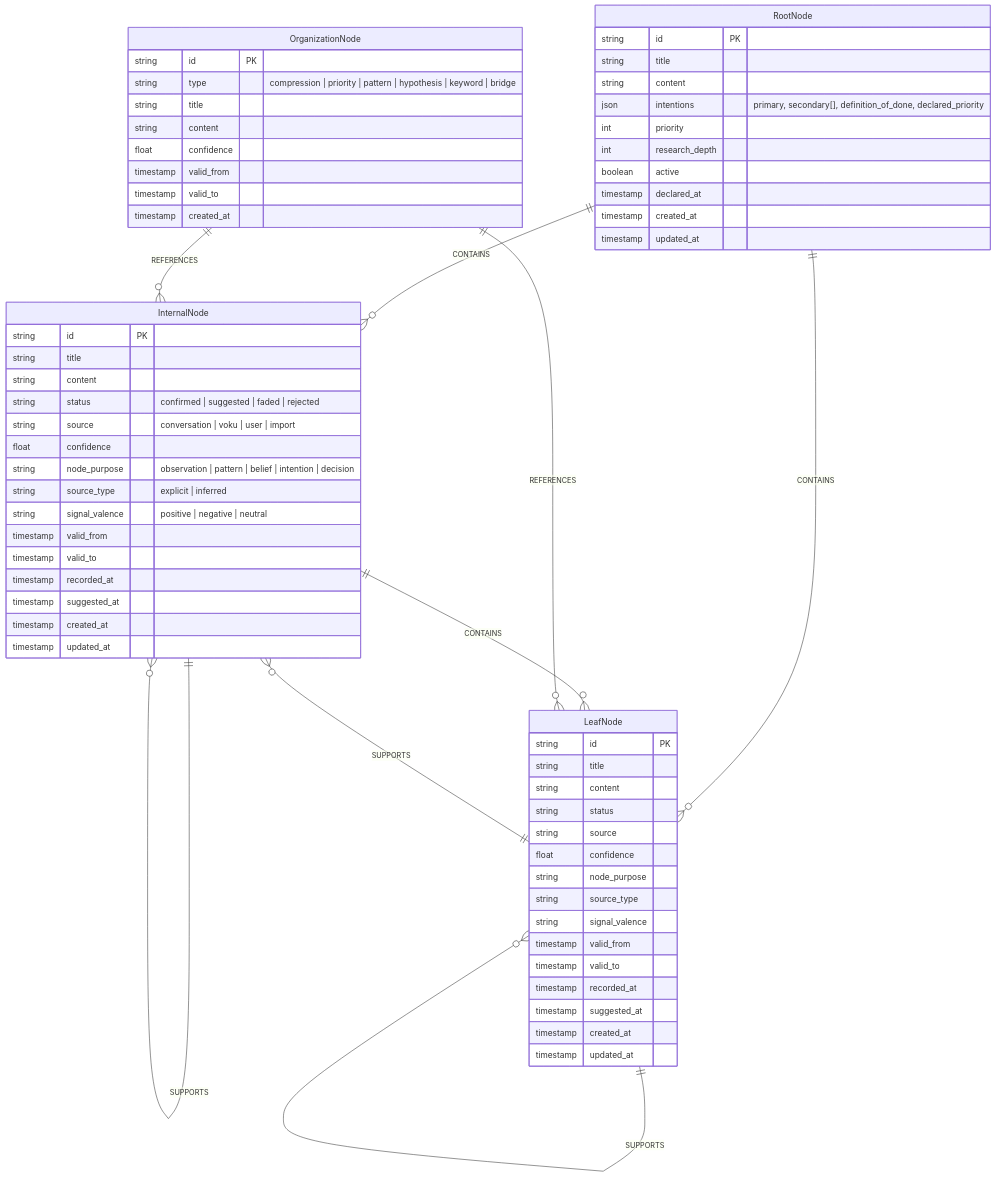
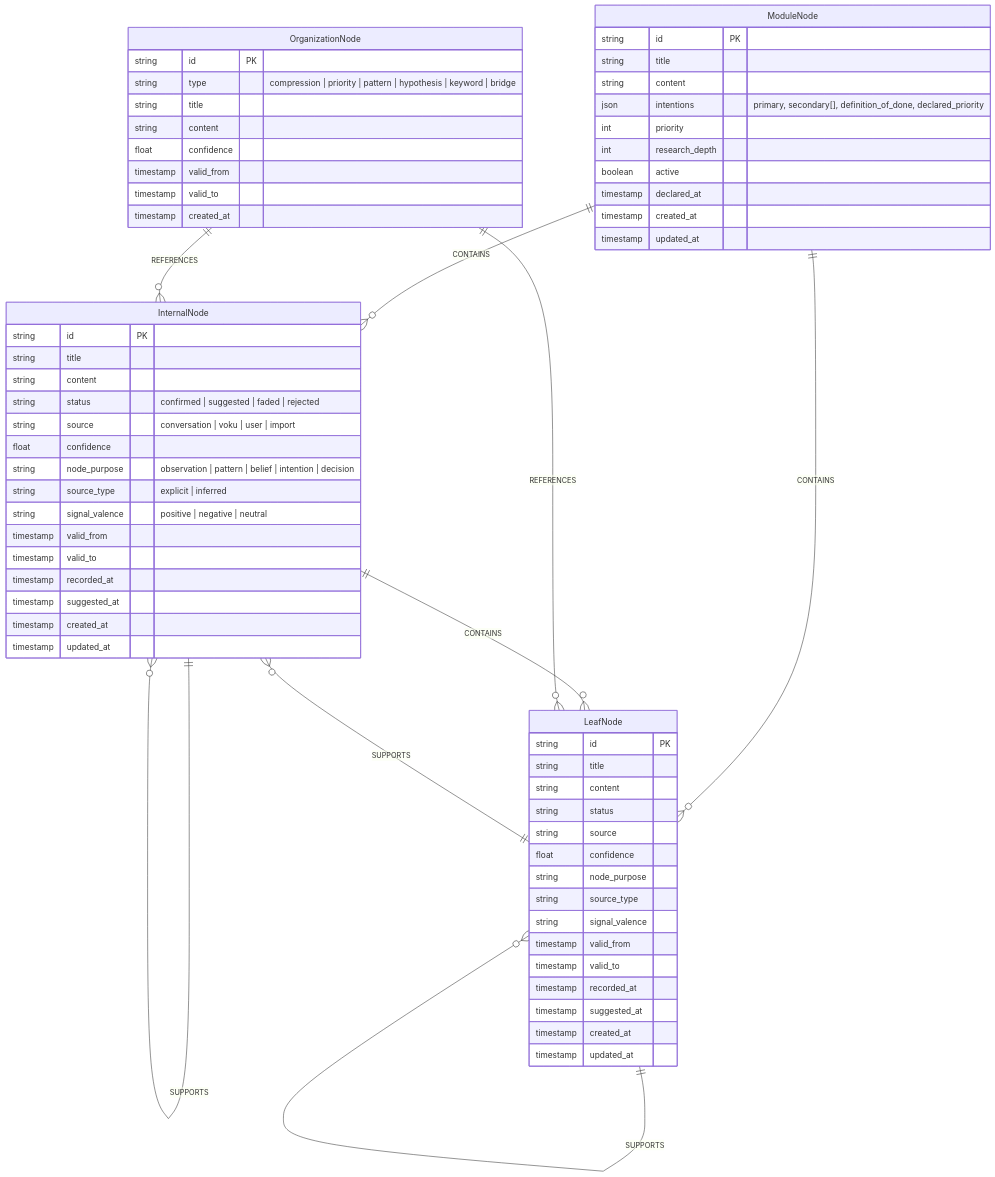
One commit to jmin1219/voku changed the first of 6 diagrams in docs/ARCHITECTURE_DIAGRAMS.md. Above: the diagram before and after it, drawn with Mermaid. The commit also changed 6 other files, not shown here.

First line of the commit message:
feat(graph): implement node CRUD operations with TDD

````diff
--- a/docs/ARCHITECTURE_DIAGRAMS.md
+++ b/docs/ARCHITECTURE_DIAGRAMS.md
@@ -10,72 +10,72 @@
 ```mermaid
 erDiagram
-    RootNode {
+    ModuleNode {
         string id PK
         string title
         string content
         json intentions "primary, secondary[], definition_of_done, declared_priority"
         int priority
         int research_depth
         boolean active
         timestamp declared_at
         timestamp created_at
         timestamp updated_at
     }
     
     InternalNode {
         string id PK
         string title
         string content
         string status "confirmed | suggested | faded | rejected"
         string source "conversation | voku | user | import"
         float confidence
         string node_purpose "observation | pattern | belief | intention | decision"
         string source_type "explicit | inferred"
         string signal_valence "positive | negative | neutral"
         timestamp valid_from
         timestamp valid_to
         timestamp recorded_at
         timestamp suggested_at
         timestamp created_at
         timestamp updated_at
     }
     
     LeafNode {
         string id PK
         string title
         string content
         string status
         string source
         float confidence
         string node_purpose
         string source_type
         string signal_valence
         timestamp valid_from
         timestamp valid_to
         timestamp recorded_at
         timestamp suggested_at
         timestamp created_at
         timestamp updated_at
     }
     
     OrganizationNode {
         string id PK
         string type "compression | priority | pattern | hypothesis | keyword | bridge"
         string title
         string content
         float confidence
         timestamp valid_from
         timestamp valid_to
         timestamp created_at
     }
     
-    RootNode ||--o{ InternalNode : "CONTAINS"
-    RootNode ||--o{ LeafNode : "CONTAINS"
+    ModuleNode ||--o{ InternalNode : "CONTAINS"
+    ModuleNode ||--o{ LeafNode : "CONTAINS"
     InternalNode ||--o{ InternalNode : "CONTAINS"
     InternalNode ||--o{ LeafNode : "CONTAINS"
     LeafNode ||--o{ LeafNode : "SUPPORTS"
     LeafNode ||--o{ InternalNode : "SUPPORTS"
     InternalNode ||--o{ InternalNode : "SUPPORTS"
     OrganizationNode ||--o{ LeafNode : "REFERENCES"
     OrganizationNode ||--o{ InternalNode : "REFERENCES"
 ```
````
